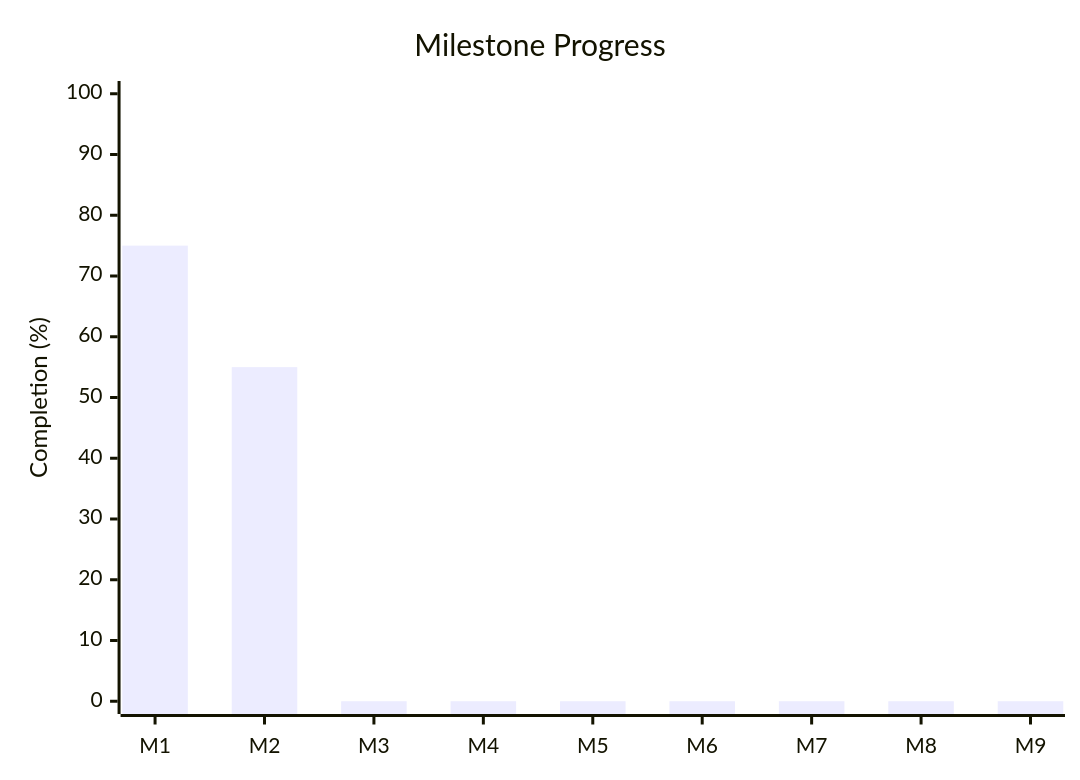
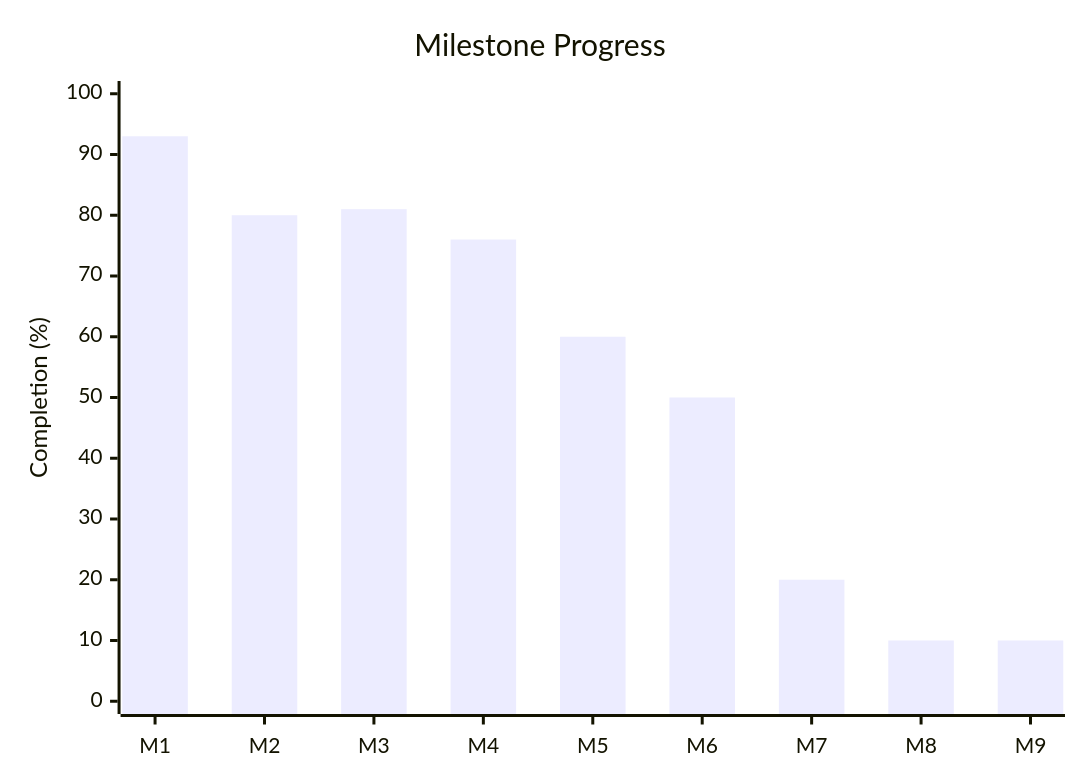
The third of 3 diagrams in dev/mvp.md (USC-InfoLab/w4h-docs), drawn with Mermaid before and after one commit. The commit also changed other lines of this file and 27 other files, not shown here.

````diff
--- a/dev/mvp.md
+++ b/dev/mvp.md
@@ -638,7 +679,7 @@
 ```mermaid
 xychart-beta
     title "Milestone Progress"
     x-axis [M1, M2, M3, M4, M5, M6, M7, M8, M9]
     y-axis "Completion (%)" 0 --> 100
-    bar [75, 55, 0, 0, 0, 0, 0, 0, 0]
+    bar [93, 80, 81, 76, 60, 50, 20, 10, 10]
 ```
````
